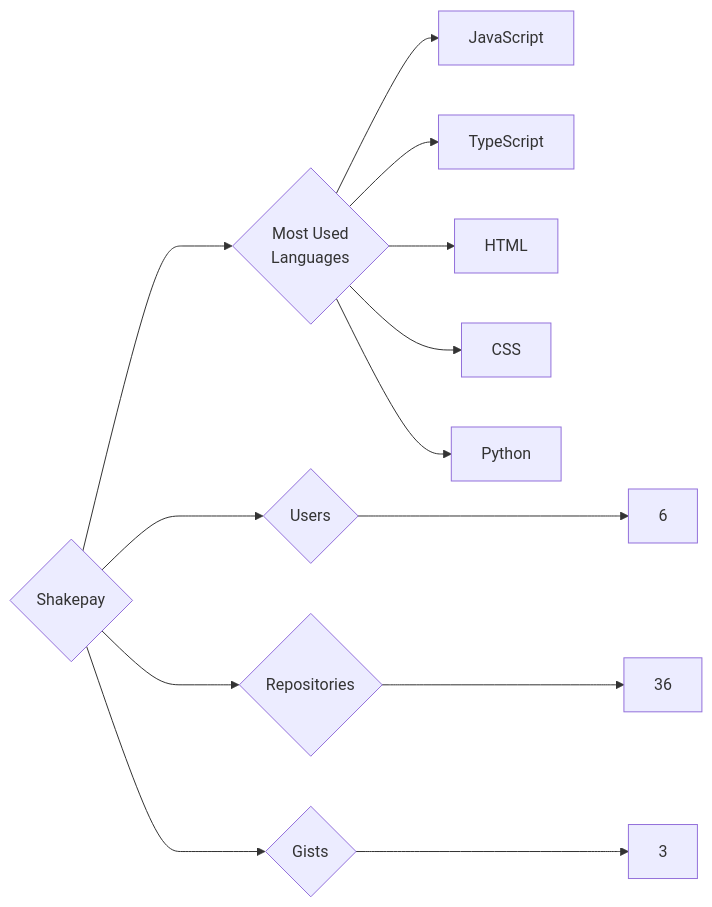
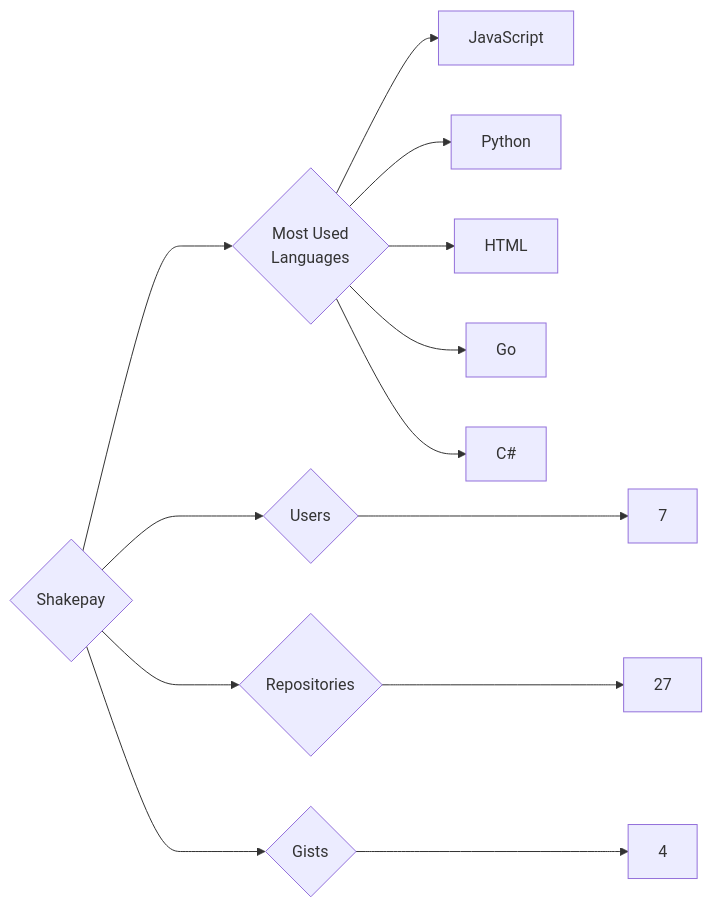
One commit to trickest/insiders changed the diagram in targets/Shakepay/README.md. Above: the diagram before and after it, drawn with Mermaid. The commit also changed 799 other files, not shown here.

````diff
--- a/targets/Shakepay/README.md
+++ b/targets/Shakepay/README.md
@@ -3,13 +3,13 @@
 ```mermaid
 graph LR
 COMPANY_NAME{Shakepay}
-COMPANY_NAME ---> U{Users} ---> UN[6]
-COMPANY_NAME ---> R{Repositories} ---> RN[36]
-COMPANY_NAME ---> G{Gists} ---> GN[3]
+COMPANY_NAME ---> U{Users} ---> UN[7]
+COMPANY_NAME ---> R{Repositories} ---> RN[27]
+COMPANY_NAME ---> G{Gists} ---> GN[4]
 COMPANY_NAME ---> ML{Most Used<br>Languages}
 ML --> JavaScript[JavaScript]
-ML --> TypeScript[TypeScript]
+ML --> Python[Python]
 ML --> HTML[HTML]
-ML --> CSS[CSS]
-ML --> Python[Python]
+ML --> Go[Go]
+ML --> C#[C#]
 ```
````
